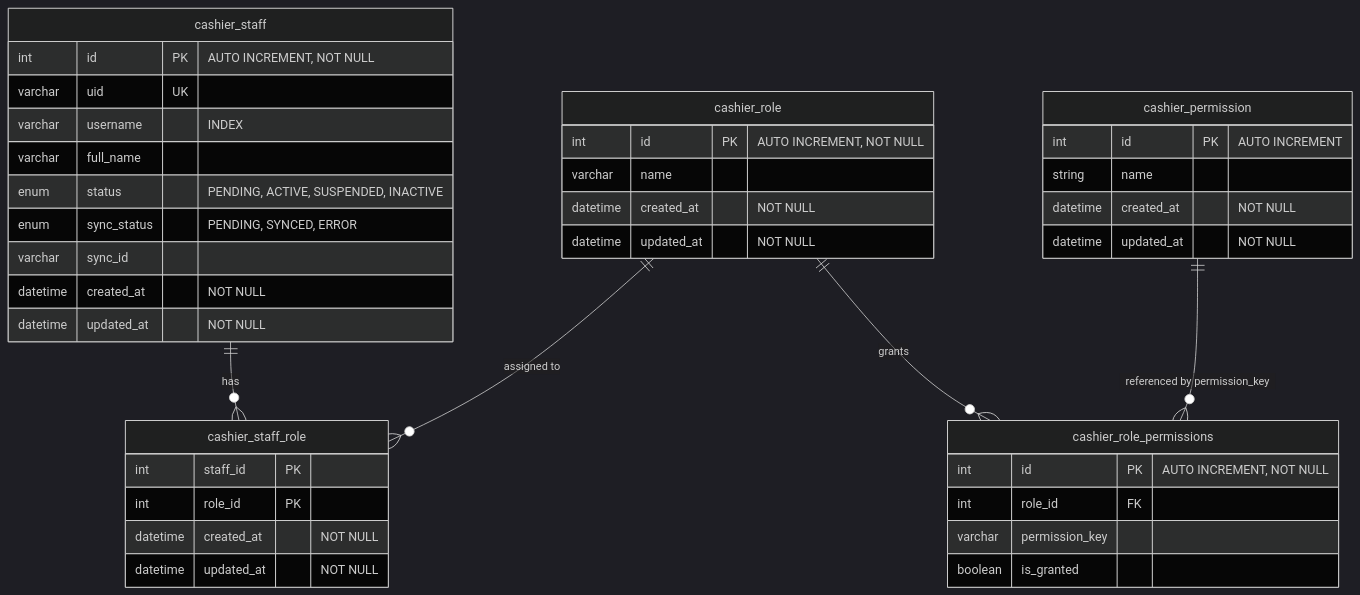
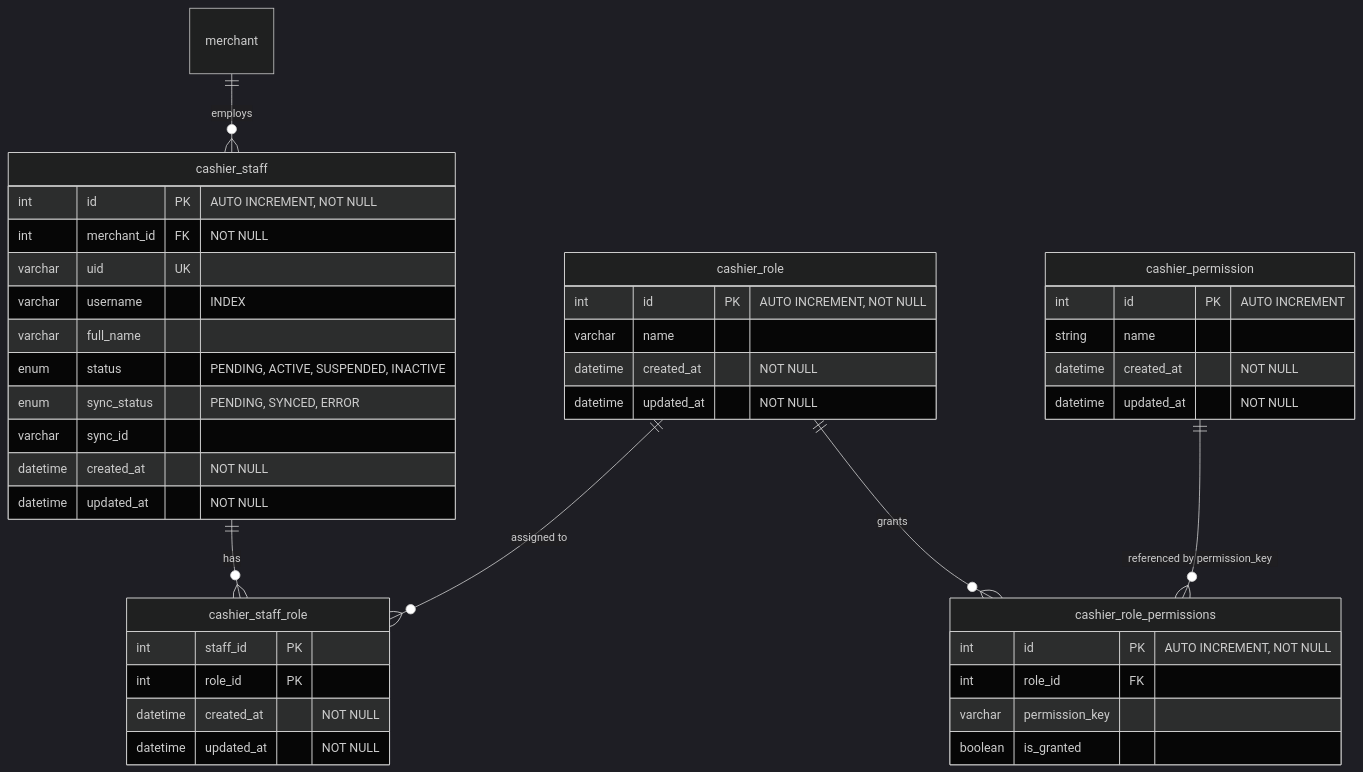
One commit to apisit110/pos-center changed the third of 3 diagrams in docs/portal/erdiagram/merchant-management.md. Above: the diagram before and after it, drawn with Mermaid (dark theme). The commit also changed other lines of this file and 8 other files, not shown here.

````diff
--- a/docs/portal/erdiagram/merchant-management.md
+++ b/docs/portal/erdiagram/merchant-management.md
@@ -244,47 +244,49 @@
 ```mermaid
 erDiagram
   cashier_staff {
     int id PK "AUTO INCREMENT, NOT NULL"
+    int merchant_id FK "NOT NULL"
     varchar uid UK
     varchar username "INDEX"
     varchar full_name
     enum status "PENDING, ACTIVE, SUSPENDED, INACTIVE"
     enum sync_status "PENDING, SYNCED, ERROR"
     varchar sync_id
     datetime created_at "NOT NULL"
     datetime updated_at "NOT NULL"
   }
 
   cashier_role {
     int id PK "AUTO INCREMENT, NOT NULL"
     varchar name
     datetime created_at "NOT NULL"
     datetime updated_at "NOT NULL"
   }
 
   cashier_staff_role {
     int staff_id PK
     int role_id PK
     datetime created_at "NOT NULL"
     datetime updated_at "NOT NULL"
   }
 
   cashier_permission {
     int id PK "AUTO INCREMENT"
     string name
     datetime created_at "NOT NULL"
     datetime updated_at "NOT NULL"
   }
 
   cashier_role_permissions {
     int id PK "AUTO INCREMENT, NOT NULL"
     int role_id FK
     varchar permission_key
     boolean is_granted
   }
 
+  merchant ||--o{ cashier_staff : "employs"
   cashier_staff ||--o{ cashier_staff_role : "has"
   cashier_role ||--o{ cashier_staff_role : "assigned to"
   cashier_role ||--o{ cashier_role_permissions : "grants"
   cashier_permission ||--o{ cashier_role_permissions : "referenced by permission_key"
 ```
````
